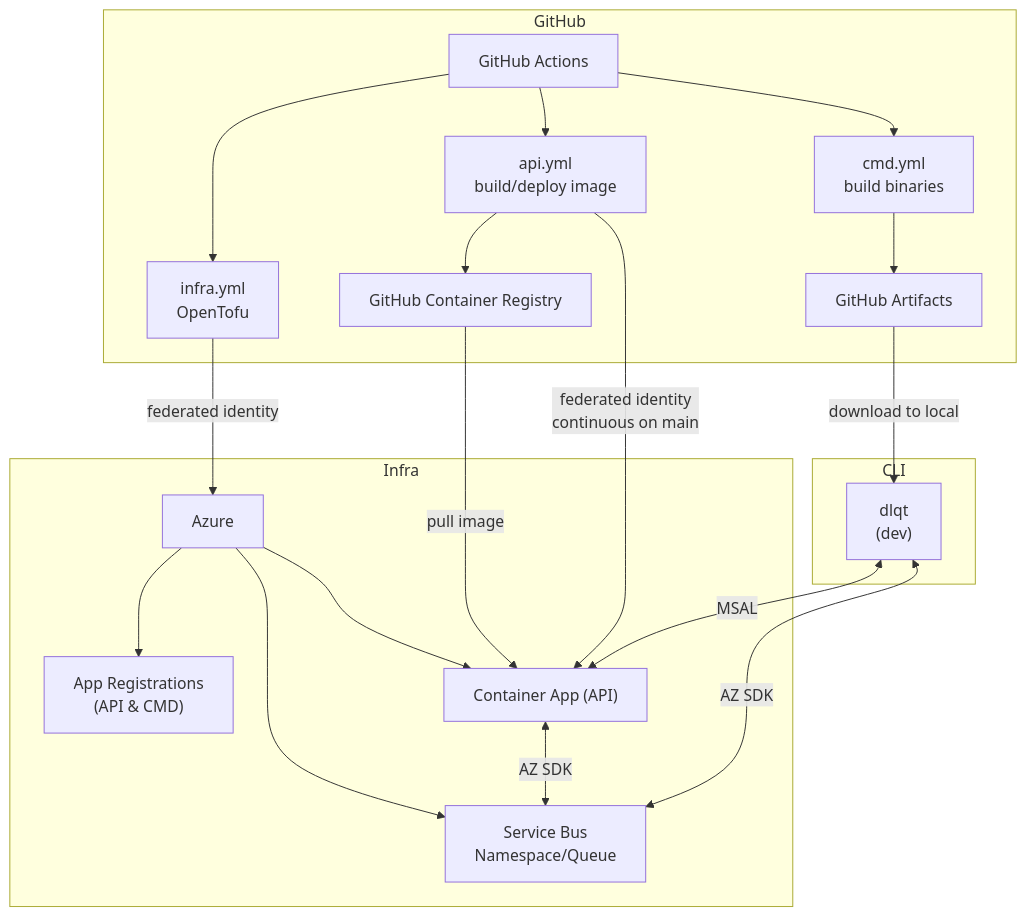
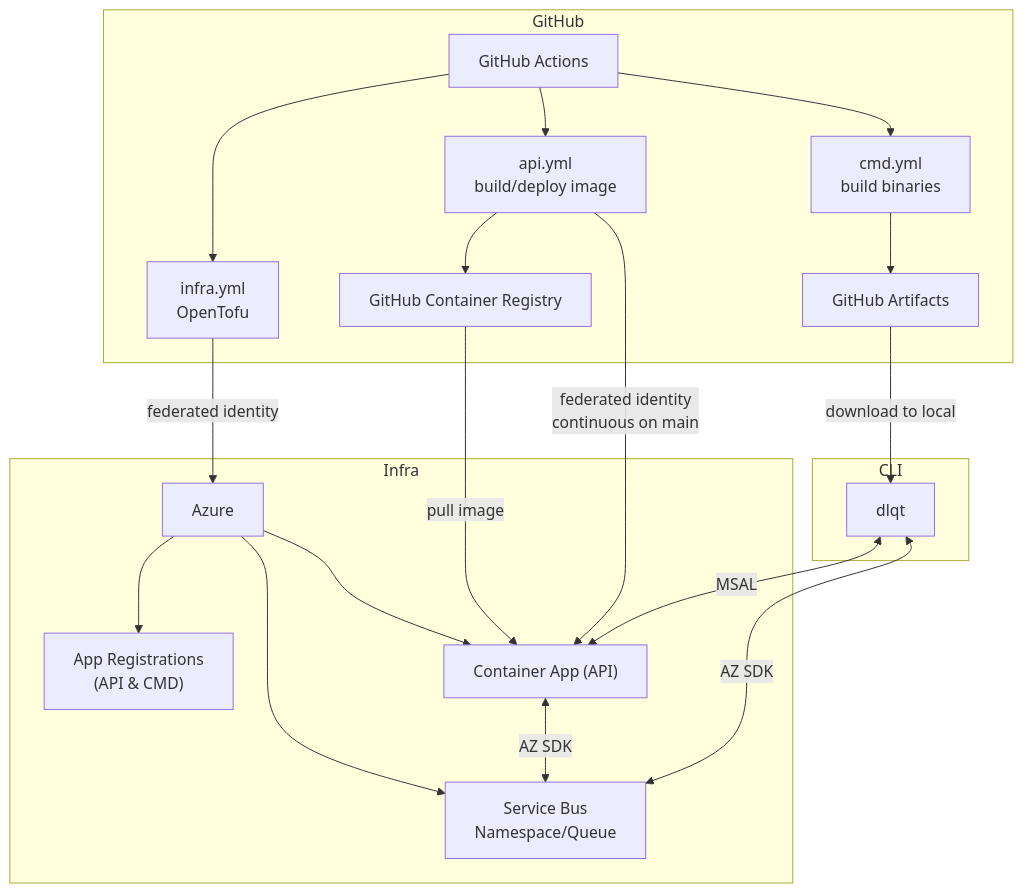
The diagram in README.md (emerconn/dlqt), drawn with Mermaid before and after one commit.

Commit message:
fix mermaid graph

````diff
--- a/README.md
+++ b/README.md
@@ -33,30 +33,30 @@
 ```mermaid
 graph TD
     subgraph "GitHub"
         C["GitHub Actions"]
         C --> A["infra.yml<br>OpenTofu"]
         C --> D["cmd.yml<br>build binaries"]
         C --> F["api.yml<br>build/deploy image"]
         F --> L["GitHub Container Registry"]
         D --> G["GitHub Artifacts"]
     end
 
     subgraph "Infra"
         B["Azure"]
         B --> B1["App Registrations<br>(API & CMD)"]
         B --> B2["Container App (API)"]
         B --> B3["Service Bus<br>Namespace/Queue"]
         B2 <-->|AZ SDK| B3
     end
 
     L -->|pull image| B2
     F -->|federated identity<br>continuous on main| B2
 
     subgraph "CLI"
-        H["dlqt<br>(dev)"] <-->|MSAL| B2
+        H["dlqt"] <-->|MSAL| B2
     end
 
     A -->|federated identity| B
     G -->|download to local| H
     H <-->|AZ SDK| B3
 ```
````
